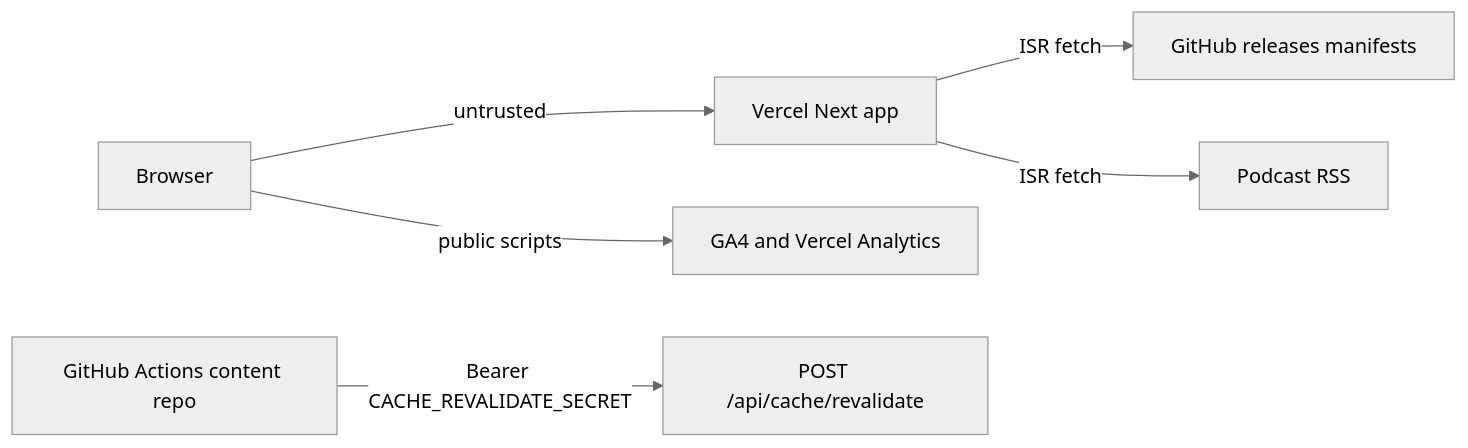
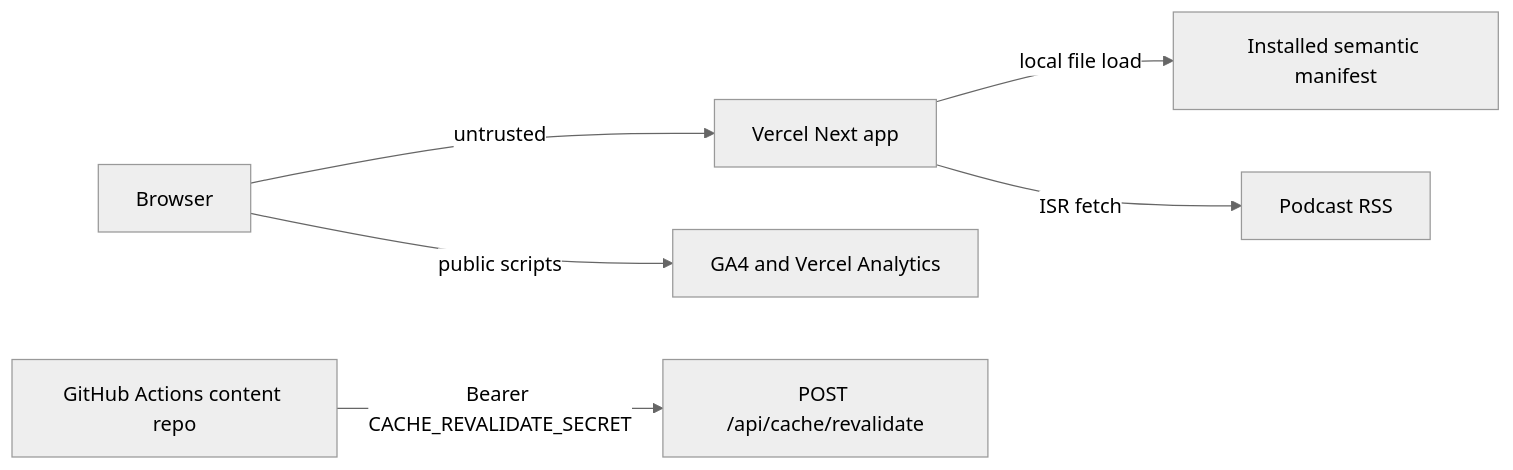
The diagram in apps/site/docs/security-assessment.md (After-Certainty/after-certainty), drawn with Mermaid (neutral theme) before and after one commit. The commit also changed other lines of this file and 36 other files, not shown here.

First line of the commit message:
Remove semantic remote fetch and sync machinery (Phase 6 / Stage E).

````diff
--- a/apps/site/docs/security-assessment.md
+++ b/apps/site/docs/security-assessment.md
@@ -16,8 +16,8 @@
 ```mermaid
 flowchart LR
   Browser -->|untrusted| VercelApp[Vercel Next app]
-  VercelApp -->|ISR fetch| GitHubReleases[GitHub releases manifests]
+  VercelApp -->|local file load| LocalManifest[Installed semantic manifest]
   VercelApp -->|ISR fetch| PodcastRSS[Podcast RSS]
   GHActions[GitHub Actions content repo] -->|Bearer CACHE_REVALIDATE_SECRET| Revalidate["POST /api/cache/revalidate"]
   Browser -->|public scripts| GA[GA4 and Vercel Analytics]
 ```
````
